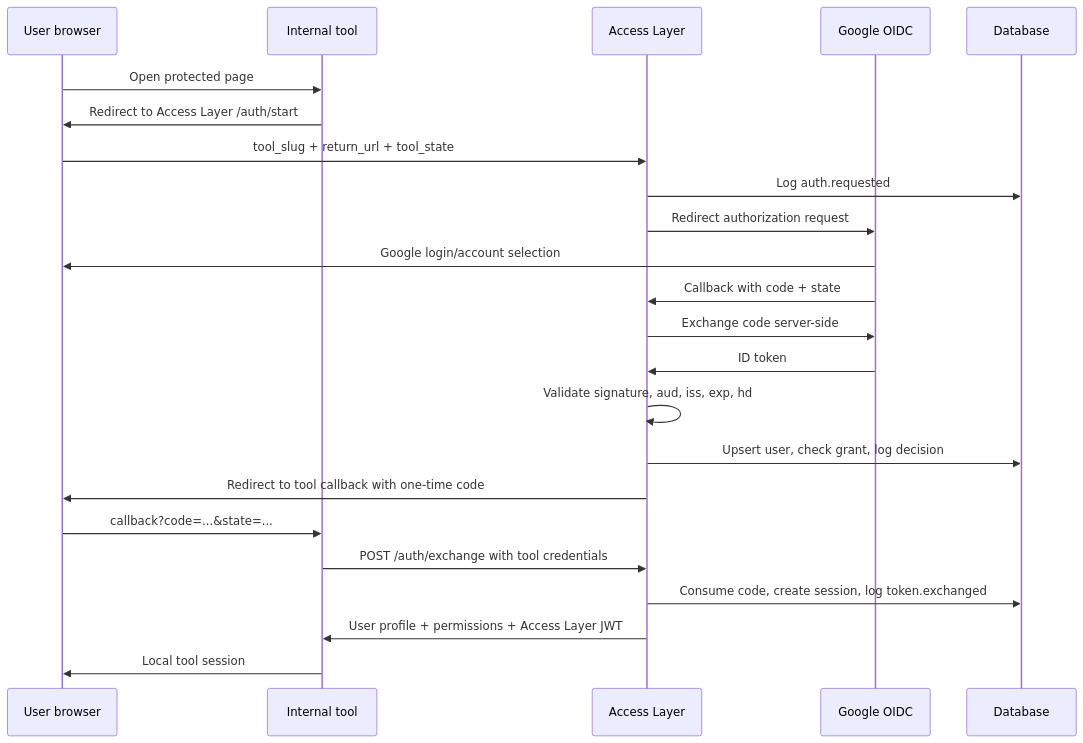
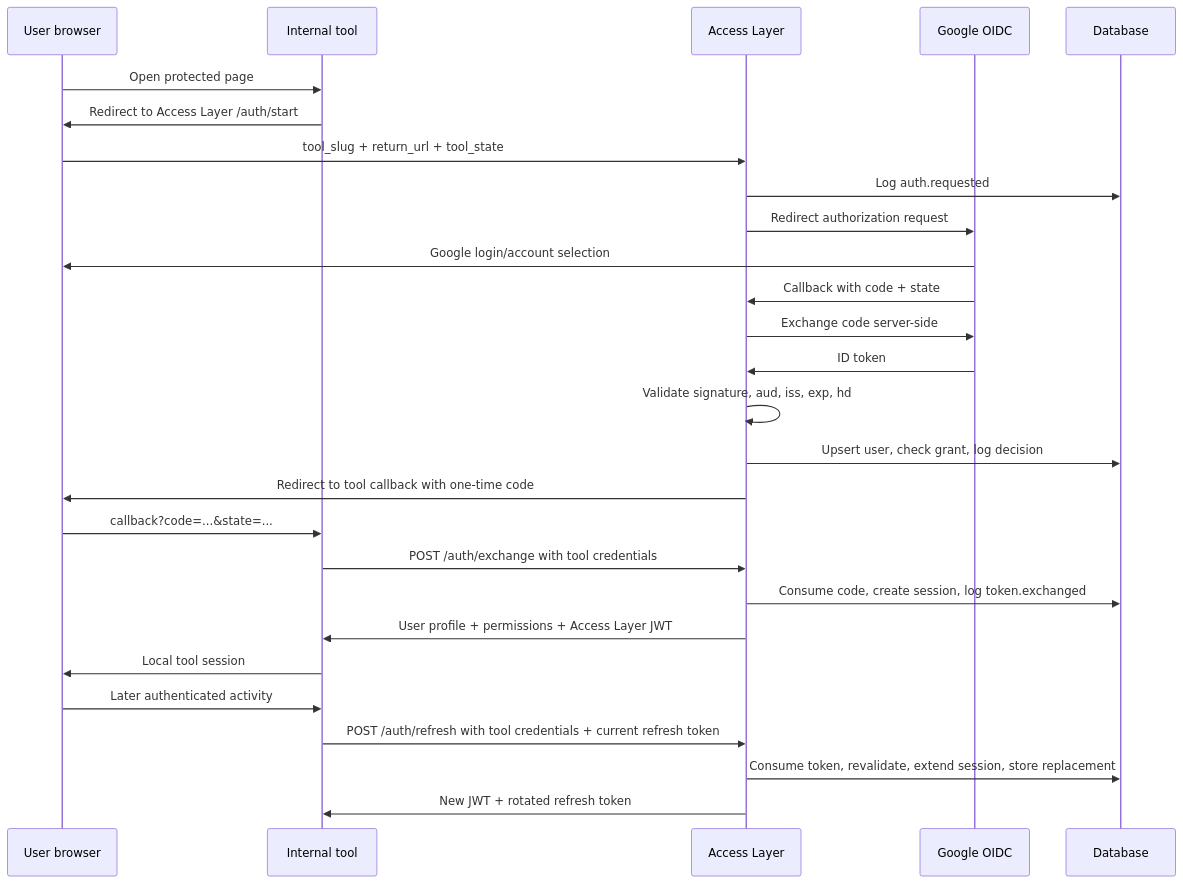
Before and after one commit to Tellinog/Access-layer-prod: the diagram in docs/ARCHITECTURE_OVERVIEW.md, drawn with Mermaid. The commit also changed 39 other files, not shown here.

````diff
--- a/docs/ARCHITECTURE_OVERVIEW.md
+++ b/docs/ARCHITECTURE_OVERVIEW.md
@@ -3,26 +3,30 @@
 ```mermaid
 sequenceDiagram
     participant U as User browser
     participant T as Internal tool
     participant A as Access Layer
     participant G as Google OIDC
     participant DB as Database
 
     U->>T: Open protected page
     T->>U: Redirect to Access Layer /auth/start
     U->>A: tool_slug + return_url + tool_state
     A->>DB: Log auth.requested
     A->>G: Redirect authorization request
     G->>U: Google login/account selection
     G->>A: Callback with code + state
     A->>G: Exchange code server-side
     G->>A: ID token
     A->>A: Validate signature, aud, iss, exp, hd
     A->>DB: Upsert user, check grant, log decision
     A->>U: Redirect to tool callback with one-time code
     U->>T: callback?code=...&state=...
     T->>A: POST /auth/exchange with tool credentials
     A->>DB: Consume code, create session, log token.exchanged
     A->>T: User profile + permissions + Access Layer JWT
     T->>U: Local tool session
+    U->>T: Later authenticated activity
+    T->>A: POST /auth/refresh with tool credentials + current refresh token
+    A->>DB: Consume token, revalidate, extend session, store replacement
+    A->>T: New JWT + rotated refresh token
 ```
````
